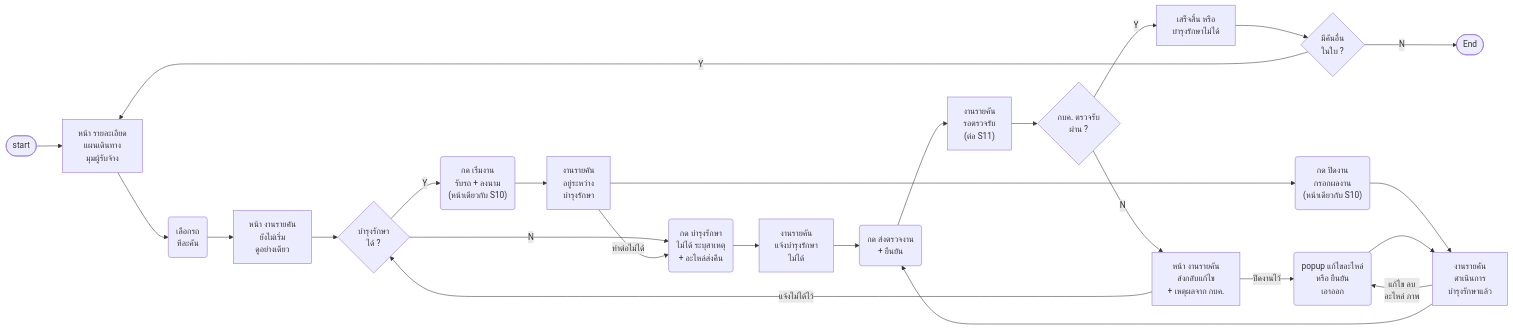
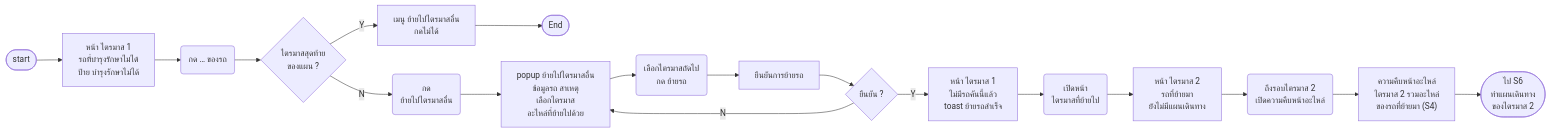
One commit to anugmail/Maintenance-Request-Form changed diagram 21 of 21 in Diagram/01-บำรุงรักษาตามวาระ/14-บำรุงรักษา-userflow.md. Above: the diagram before and after it, drawn with Mermaid. The commit also changed other lines of this file and 52 other files, not shown here.

First line of the commit message:
บำรุงรักษา: ตัด S11 S23 (มุมผู้รับจ้าง) · S10 สองขั้น (ตรวจสภาพก่อน · สรุปก่อนปิดงาน) · S25 ย้ายรถที่บำรุงรักษาไม่ได้ไปไตรมาสอื่น · รีวิว 5 พ.ย. S1 S2 S6 S21 · swimlane 26 · Login และสิทธิ์ตาม role + login-plugin

````diff
--- a/Diagram/01-บำรุงรักษาตามวาระ/14-บำรุงรักษา-userflow.md
+++ b/Diagram/01-บำรุงรักษาตามวาระ/14-บำรุงรักษา-userflow.md
@@ -903,28 +1036,23 @@
 ```mermaid
 flowchart LR
-    S([start]) --> D1["หน้า รายละเอียด<br/>แผนเดินทาง<br/>มุมผู้รับจ้าง"]
-    D1 --> A1("เลือกรถ<br/>ทีละคัน")
-    A1 --> D2["หน้า งานรายคัน<br/>ยังไม่เริ่ม<br/>ดูอย่างเดียว"]
-    D2 --> Q1{"บำรุงรักษา<br/>ได้ ?"}
-    Q1 -->|N| A3("กด บำรุงรักษา<br/>ไม่ได้ ระบุสาเหตุ<br/>+ อะไหล่ส่งคืน")
-    Q1 -->|Y| A2("กด เริ่มงาน<br/>รับรถ + ลงนาม<br/>(หน้าเดียวกับ S10)")
-    A2 --> D3["งานรายคัน<br/>อยู่ระหว่าง<br/>บำรุงรักษา"]
-    D3 -->|ทำต่อไม่ได้| A3
-    D3 --> A5("กด ปิดงาน<br/>กรอกผลงาน<br/>(หน้าเดียวกับ S10)")
-    A5 --> D4["งานรายคัน<br/>ดำเนินการ<br/>บำรุงรักษาแล้ว"]
-    A3 --> D5["งานรายคัน<br/>แจ้งบำรุงรักษา<br/>ไม่ได้"]
-    D4 -->|แก้ไข ลบ<br/>อะไหล่ ภาพ| A6("popup แก้ไขอะไหล่<br/>หรือ ยืนยัน<br/>เอาออก")
-    A6 --> D4
-    D4 --> A8("กด ส่งตรวจงาน<br/>+ ยืนยัน")
-    D5 --> A8
-    A8 --> D6["งานรายคัน<br/>รอตรวจรับ<br/>(ต่อ S11)"]
-    D6 --> Q2{"กบค. ตรวจรับ<br/>ผ่าน ?"}
-    Q2 -->|Y| D7["เสร็จสิ้น หรือ<br/>บำรุงรักษาไม่ได้"]
-    Q2 -->|N| D8["หน้า งานรายคัน<br/>ส่งกลับแก้ไข<br/>+ เหตุผลจาก กบค."]
-    D8 -->|ปิดงานไว้| A6
-    D8 -->|แจ้งไม่ได้ไว้| Q1
-    D7 --> Q3{"มีคันอื่น<br/>ในใบ ?"}
-    Q3 -->|Y| D1
-    Q3 -->|N| E([End])
-    %% Q: A8 | Q49 ❓ ส่งตรวจงานทีละคันอย่างเดียว หรือเลือกหลายคันส่งพร้อมกันได้ด้วย
+    S([start]) --> D0["หน้า ไตรมาส 1<br/>รถที่บำรุงรักษาไม่ได้<br/>ป้าย บำรุงรักษาไม่ได้"]
+    D0 --> A1("กด … ของรถ")
+    A1 --> Q1{"ไตรมาสสุดท้าย<br/>ของแผน ?"}
+    Q1 -->|Y| D1["เมนู ย้ายไปไตรมาสอื่น<br/>กดไม่ได้"]
+    D1 --> E1([End])
+    Q1 -->|N| A2("กด<br/>ย้ายไปไตรมาสอื่น")
+    A2 --> D2["popup ย้ายไปไตรมาสอื่น<br/>ข้อมูลรถ สาเหตุ<br/>เลือกไตรมาส<br/>อะไหล่ที่ย้ายไปด้วย"]
+    D2 --> A3("เลือกไตรมาสถัดไป<br/>กด ย้ายรถ")
+    A3 --> D3["ยืนยันการย้ายรถ"]
+    D3 --> Q2{"ยืนยัน ?"}
+    Q2 -->|N| D2
+    Q2 -->|Y| D4["หน้า ไตรมาส 1<br/>ไม่มีรถคันนี้แล้ว<br/>toast ย้ายรถสำเร็จ"]
+    D4 --> A4("เปิดหน้า<br/>ไตรมาสที่ย้ายไป")
+    A4 --> D5["หน้า ไตรมาส 2<br/>รถที่ย้ายมา<br/>ยังไม่มีแผนเดินทาง"]
+    D5 --> A5("ถึงรอบไตรมาส 2<br/>เปิดความคืบหน้าอะไหล่")
+    A5 --> D6["ความคืบหน้าอะไหล่<br/>ไตรมาส 2 รวมอะไหล่<br/>ของรถที่ย้ายมา (S4)"]
+    D6 --> E2(["ไป S6<br/>ทำแผนเดินทาง<br/>ของไตรมาส 2"])
+    %% Q: D1 | รถที่บำรุงรักษาไม่ได้ในไตรมาส 4 ย้ายเข้าแผนปีถัดไปได้ไหม
+    %% Q: D3 | ต้องส่งอนุมัติใหม่ หรือให้ กบค. คลังรับทราบรายการอะไหล่ใหม่ (S22) ไหม · ต้องแจ้งหน่วยงานเจ้าของรถและ กรย. ไหม
+    %% Q: D4 | แผนเดินทางเดิมยังแสดงรถคันนี้ (บำรุงรักษาไม่ได้) ไหม · สาเหตุและอะไหล่ที่คืนแล้วเก็บไว้ที่ไหนหลังรถออกจากไตรมาส (ประวัติ S24?)
 ```
````
